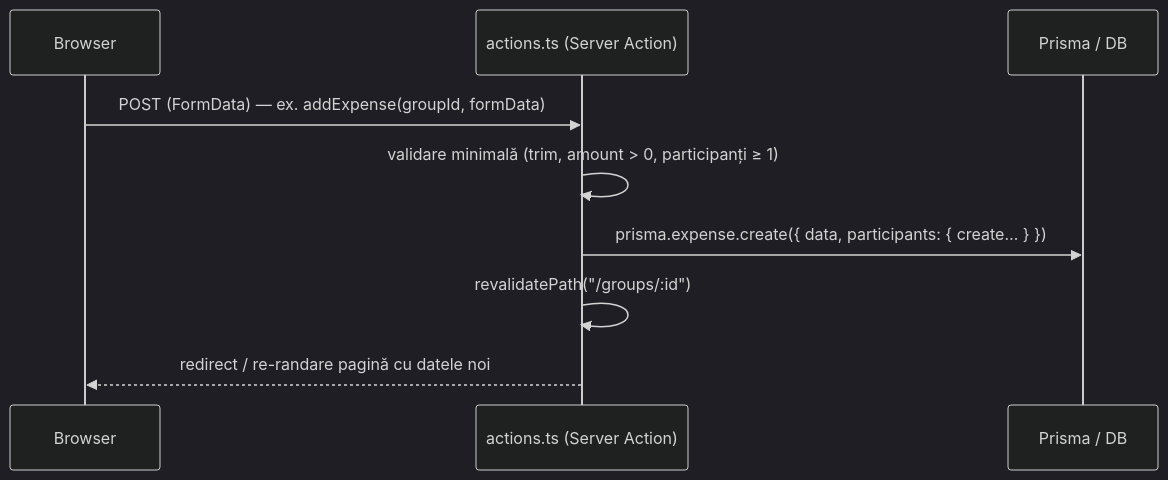
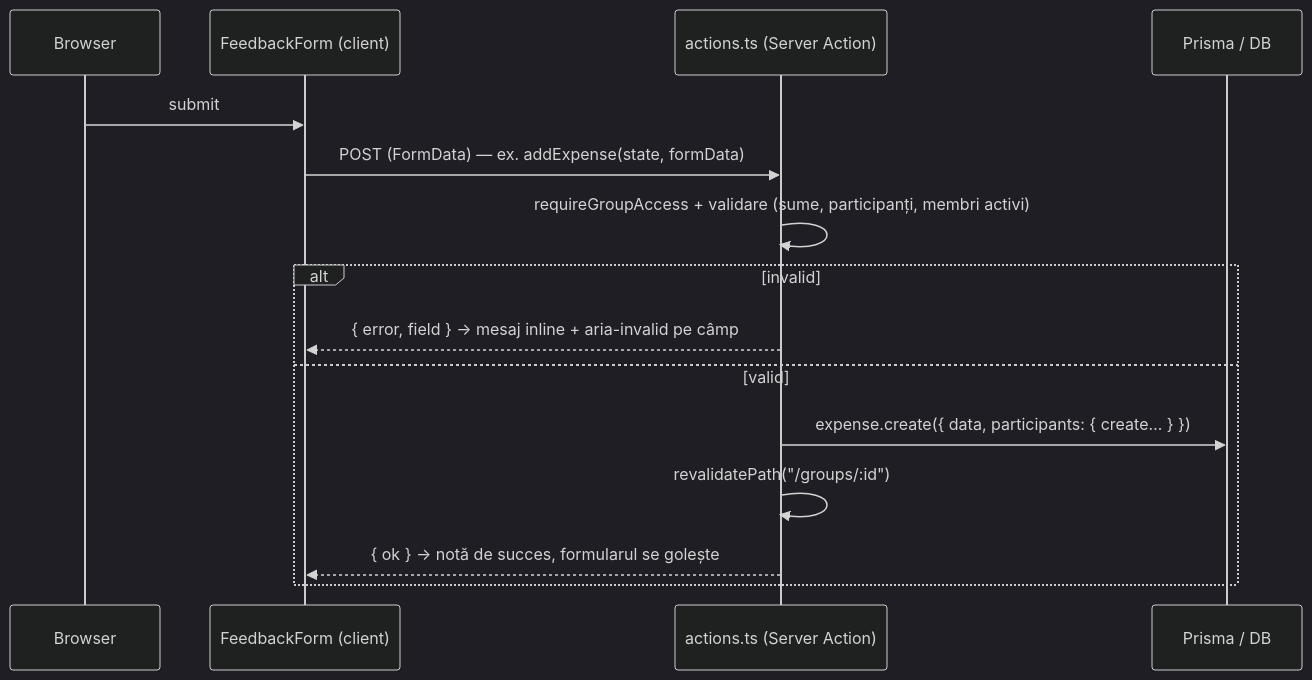
Before and after one commit to anapascu-08/expense-splitter: the third of 5 diagrams in ARCHITECTURE.md, drawn with Mermaid (dark theme). The commit also changed other lines of this file, not shown here.

Commit message:
docs(architecture): update project architecture details and clarify authentication flow

````diff
--- a/ARCHITECTURE.md
+++ b/ARCHITECTURE.md
@@ -99,12 +215,18 @@
 ```mermaid
 sequenceDiagram
   participant B as Browser
+  participant F as FeedbackForm (client)
   participant A as actions.ts (Server Action)
   participant DB as Prisma / DB
 
-  B->>A: POST (FormData) — ex. addExpense(groupId, formData)
-  A->>A: validare minimală (trim, amount > 0, participanți ≥ 1)
-  A->>DB: prisma.expense.create({ data, participants: { create… } })
-  A->>A: revalidatePath("/groups/:id")
-  A-->>B: redirect / re-randare pagină cu datele noi
+  B->>F: submit
+  F->>A: POST (FormData) — ex. addExpense(state, formData)
+  A->>A: requireGroupAccess + validare (sume, participanți, membri activi)
+  alt invalid
+    A-->>F: { error, field } → mesaj inline + aria-invalid pe câmp
+  else valid
+    A->>DB: expense.create({ data, participants: { create… } })
+    A->>A: revalidatePath("/groups/:id")
+    A-->>F: { ok } → notă de succes, formularul se golește
+  end
 ```
````
